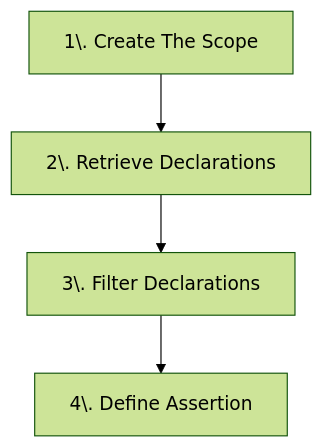
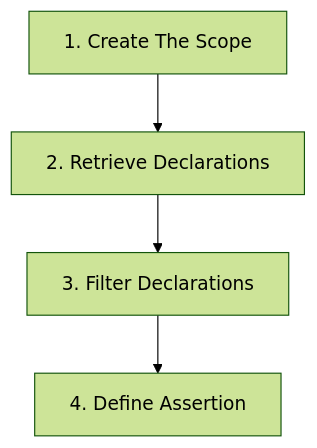
One commit to LemonAppDev/konsist-documentation changed the diagram in getting-started/getting-started/create-first-konsist-test-declaration-check.md. Above: the diagram before and after it, drawn with Mermaid. The commit also changed 6 other files, not shown here.

First line of the commit message:
Remove escaped dots from numbered Mermaid labels (#135)

````diff
--- a/getting-started/getting-started/create-first-konsist-test-declaration-check.md
+++ b/getting-started/getting-started/create-first-konsist-test-declaration-check.md
@@ -24,8 +24,8 @@
 ```mermaid
 %%{init: {'theme':'forest'}}%%
 flowchart TB
-    Step1["1\. Create The Scope"]-->Step2
-    Step2["2\. Retrieve Declarations"]-->Step3
-    Step3["3\. Filter Declarations"]-->Step4
-    Step4["4\. Define Assertion"]
+    Step1["1. Create The Scope"]-->Step2
+    Step2["2. Retrieve Declarations"]-->Step3
+    Step3["3. Filter Declarations"]-->Step4
+    Step4["4. Define Assertion"]
 ```
````
